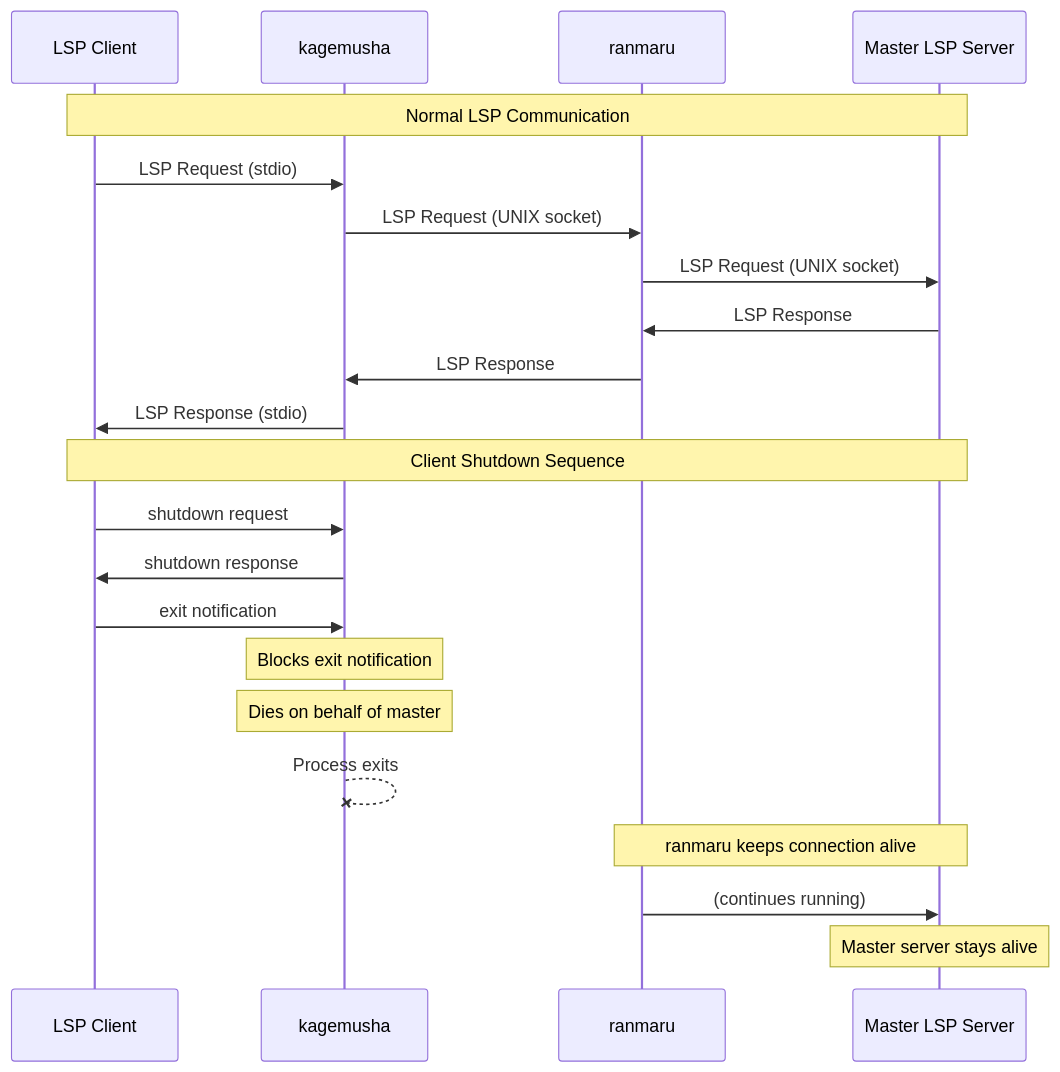
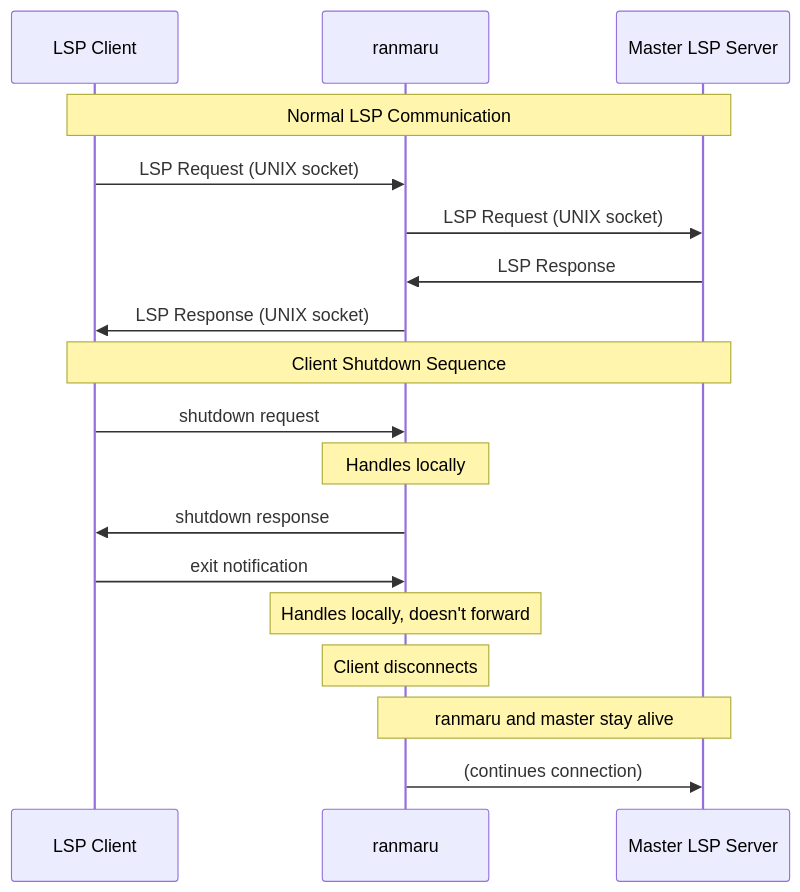
The diagram in README.md (akirak/kagemusha), drawn with Mermaid before and after one commit. The commit also changed other lines of this file and 13 other files, not shown here.

````diff
--- a/README.md
+++ b/README.md
@@ -38,28 +47,24 @@
 ```mermaid
 sequenceDiagram
     participant Client as LSP Client
-    participant K as kagemusha
     participant R as ranmaru
     participant Server as Master LSP Server
 
     Note over Client,Server: Normal LSP Communication
-    Client->>K: LSP Request (stdio)
-    K->>R: LSP Request (UNIX socket)
+    Client->>R: LSP Request (UNIX socket)
     R->>Server: LSP Request (UNIX socket)
     Server->>R: LSP Response
-    R->>K: LSP Response
-    K->>Client: LSP Response (stdio)
+    R->>Client: LSP Response (UNIX socket)
 
     Note over Client,Server: Client Shutdown Sequence
-    Client->>K: shutdown request
-    K->>Client: shutdown response
+    Client->>R: shutdown request
+    Note over R: Handles locally
+    R->>Client: shutdown response
 
-    Client->>K: exit notification
-    Note over K: Blocks exit notification
-    Note over K: Dies on behalf of master
-    K--xK: Process exits
+    Client->>R: exit notification
+    Note over R: Handles locally, doesn't forward
+    Note over R: Client disconnects
 
-    Note over R,Server: ranmaru keeps connection alive
-    R->>Server: (continues running)
-    Note over Server: Master server stays alive
+    Note over R,Server: ranmaru and master stay alive
+    R->>Server: (continues connection)
 ```
````
